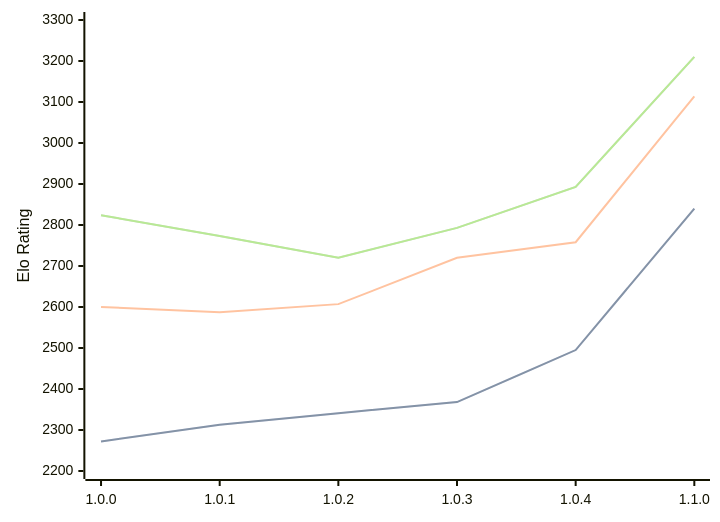
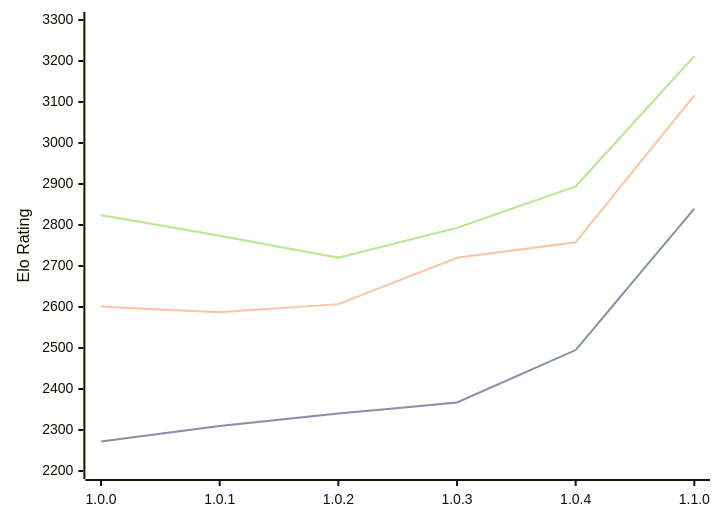
One commit to computer-chess-index/cci changed the diagram in engines/Grail.md. Above: the diagram before and after it, drawn with Mermaid. The commit also changed other lines of this file, not shown here.

Commit message:
Update CCI Ratings (ELO VLTC) - 2026-04-24

````diff
--- a/engines/Grail.md
+++ b/engines/Grail.md
@@ -36,11 +36,11 @@
 ```mermaid
 %%{init: {"theme":"base","themeVariables":{"seriesColors:['#a3a3a3','#222221','#faa371']}}}%%
 xychart-beta
   x-axis ["1.0.0", "1.0.1", "1.0.2", "1.0.3", "1.0.4", "1.1.0"]
   y-axis "Elo Rating" 2200 --> 3300
-  line "STC (8.0+0.08s)" [2272, 2313, 2341, 2368, 2495, 2840]
-  line "STC (8.0+0.08s)" [2272, 2313, 2341, 2368, 2495, 2840]
-  line "LTC (60.0+0.60s)" [2600, 2587, 2607, 2720, 2758, 3114]
-  line "VLTC (2m24s+1.12s)" [2824, 2773, 2720, 2793, 2893, 3210]
-  line "VLTC (2m24s+1.12s)" [2824, 2773, 2720, 2793, 2893, 3210]
+  line "STC (8.0+0.08s)" [2272, 2310, 2340, 2367, 2495, 2840]
+  line "STC (8.0+0.08s)" [2272, 2310, 2340, 2367, 2495, 2840]
+  line "LTC (60.0+0.60s)" [2601, 2587, 2607, 2720, 2758, 3116]
+  line "VLTC (2m24s+1.12s)" [2824, 2774, 2720, 2793, 2894, 3212]
+  line "VLTC (2m24s+1.12s)" [2824, 2774, 2720, 2793, 2894, 3212]
 ```
````
